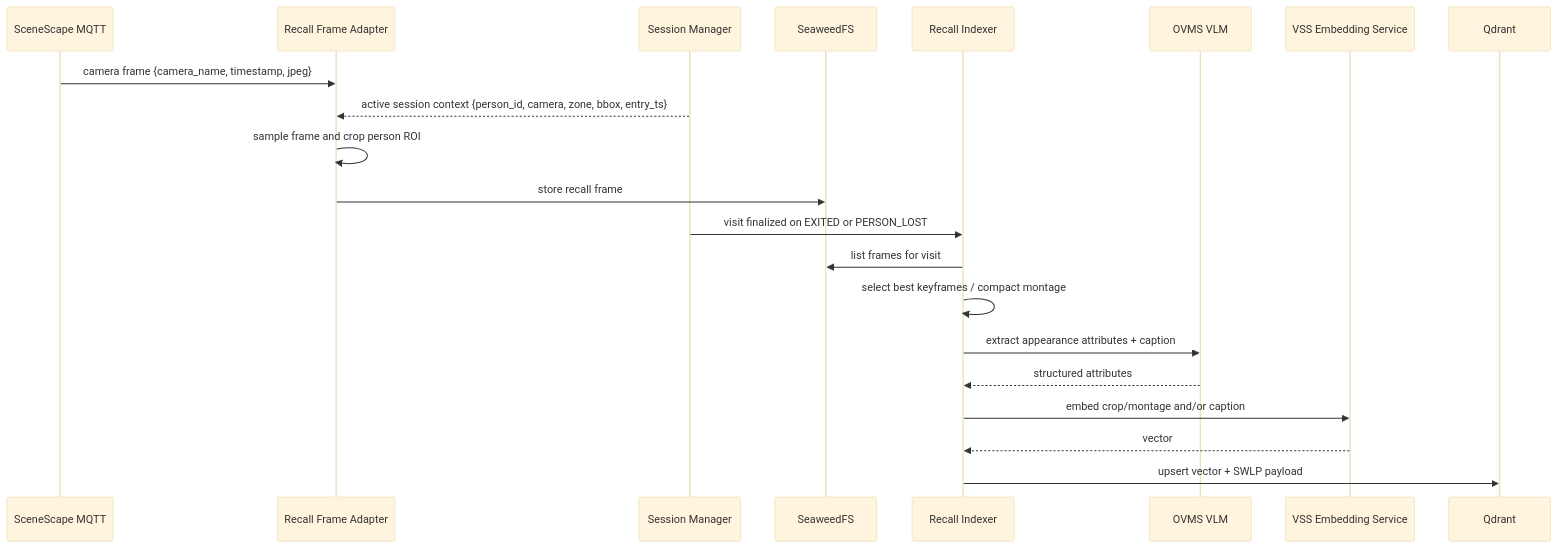
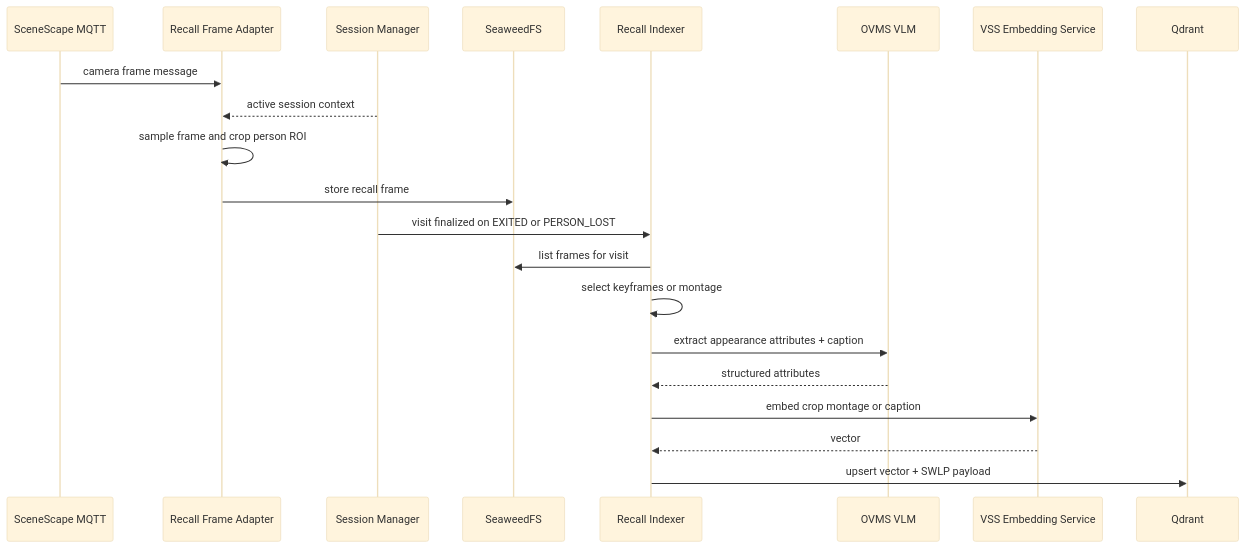
One commit to intel-retail/storewide-loss-prevention changed the second of 3 diagrams in suspicious-activity-detection/docs/vlm-attribute-search-design.md. Above: the diagram before and after it, drawn with Mermaid (base theme). The commit also changed other lines of this file, not shown here.

````diff
--- a/suspicious-activity-detection/docs/vlm-attribute-search-design.md
+++ b/suspicious-activity-detection/docs/vlm-attribute-search-design.md
@@ -78,24 +113,24 @@
 ```mermaid
 sequenceDiagram
     participant SC as SceneScape MQTT
     participant RFA as Recall Frame Adapter
     participant SM as Session Manager
     participant S3 as SeaweedFS
     participant IDX as Recall Indexer
     participant VLM as OVMS VLM
     participant VSS as VSS Embedding Service
     participant QD as Qdrant
 
-    SC->>RFA: camera frame {camera_name, timestamp, jpeg}
-    SM-->>RFA: active session context {person_id, camera, zone, bbox, entry_ts}
+    SC->>RFA: camera frame message
+    SM-->>RFA: active session context
     RFA->>RFA: sample frame and crop person ROI
     RFA->>S3: store recall frame
     SM->>IDX: visit finalized on EXITED or PERSON_LOST
     IDX->>S3: list frames for visit
-    IDX->>IDX: select best keyframes / compact montage
+    IDX->>IDX: select keyframes or montage
     IDX->>VLM: extract appearance attributes + caption
     VLM-->>IDX: structured attributes
-    IDX->>VSS: embed crop/montage and/or caption
+    IDX->>VSS: embed crop montage or caption
     VSS-->>IDX: vector
     IDX->>QD: upsert vector + SWLP payload
 ```
````
